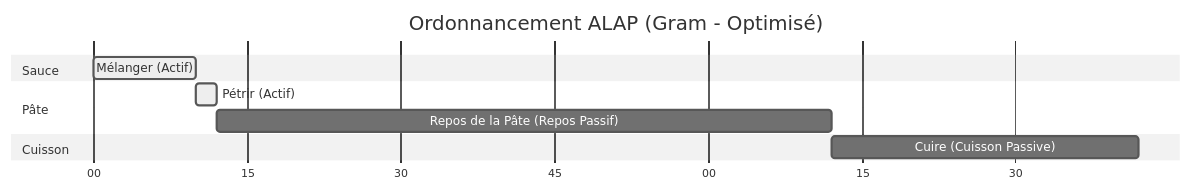
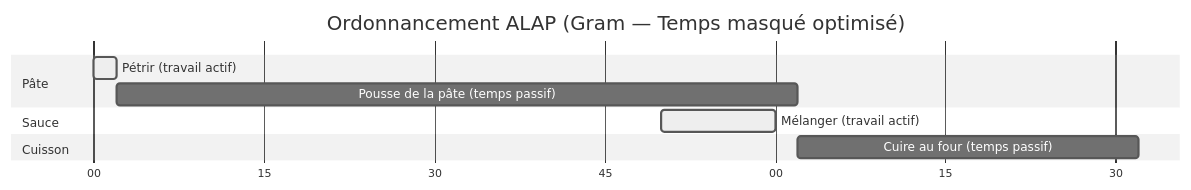
One commit to gram-lang/gram changed the second of 5 diagrams in packages/docs/src/content/docs/fr/docs/explanation/alap-scheduling.mdx. Above: the diagram before and after it, drawn with Mermaid (neutral theme). The commit also changed other lines of this file and 126 other files, not shown here.

````diff
--- a/packages/docs/src/content/docs/fr/docs/explanation/alap-scheduling.mdx
+++ b/packages/docs/src/content/docs/fr/docs/explanation/alap-scheduling.mdx
@@ -54,16 +55,16 @@
 ```mermaid
 gantt
-    title Ordonnancement ALAP (Gram - Optimisé)
+    title Ordonnancement ALAP (Gram — Temps masqué optimisé)
     dateFormat  m
     axisFormat %M
     
+    section Pâte
+    Pétrir (travail actif)              : active, b1, 0, 2m
+    Pousse de la pâte (temps passif)    : b2, after b1, 60m
+    
     section Sauce
-    Mélanger (Actif)                    : active, b1, 0, 10m
-    
-    section Pâte
-    Pétrir (Actif)                      : active, b2, after b1, 2m
-    Repos de la Pâte (Repos Passif)     : b3, after b2, 60m
+    Mélanger (travail actif)            : active, b3, 50, 10m
     
     section Cuisson
-    Cuire (Cuisson Passive)             : b4, after b3, 30m
+    Cuire au four (temps passif)        : b4, after b2, 30m
 ```
````
